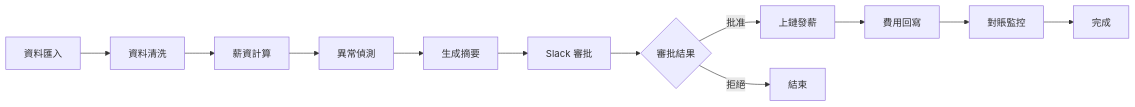
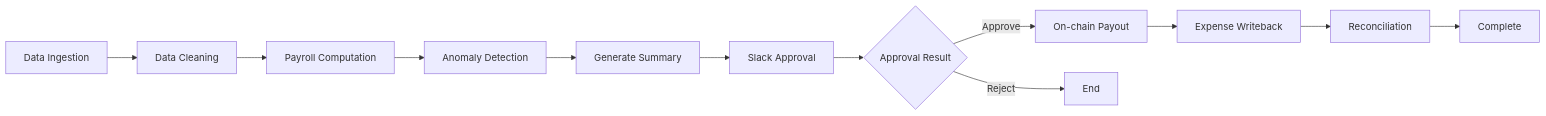
The diagram in README.md (eason034056/arc-ai-agent), drawn with Mermaid before and after one commit. The commit also changed other lines of this file and 19 other files, not shown here.

````diff
--- a/README.md
+++ b/README.md
@@ -151,14 +151,14 @@
 ```mermaid
 graph LR
-    A[資料匯入] --> B[資料清洗]
-    B --> C[薪資計算]
-    C --> D[異常偵測]
-    D --> E[生成摘要]
-    E --> F[Slack 審批]
-    F --> G{審批結果}
-    G -->|批准| H[上鏈發薪]
-    G -->|拒絕| I[結束]
-    H --> J[費用回寫]
-    J --> K[對賬監控]
-    K --> L[完成]
+    A[Data Ingestion] --> B[Data Cleaning]
+    B --> C[Payroll Computation]
+    C --> D[Anomaly Detection]
+    D --> E[Generate Summary]
+    E --> F[Slack Approval]
+    F --> G{Approval Result}
+    G -->|Approve| H[On-chain Payout]
+    G -->|Reject| I[End]
+    H --> J[Expense Writeback]
+    J --> K[Reconciliation]
+    K --> L[Complete]
 ```
````
